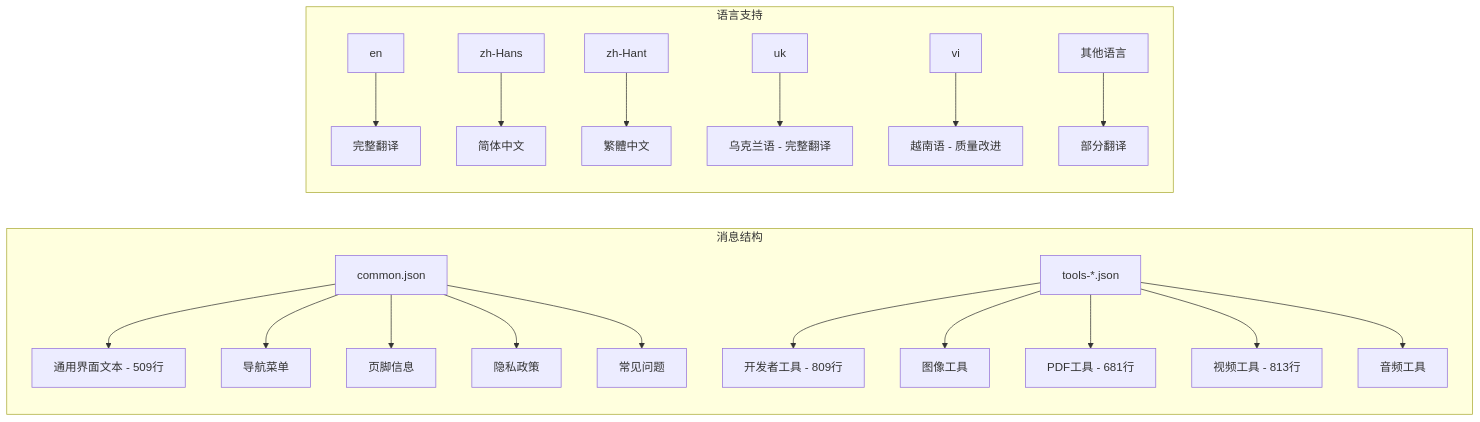
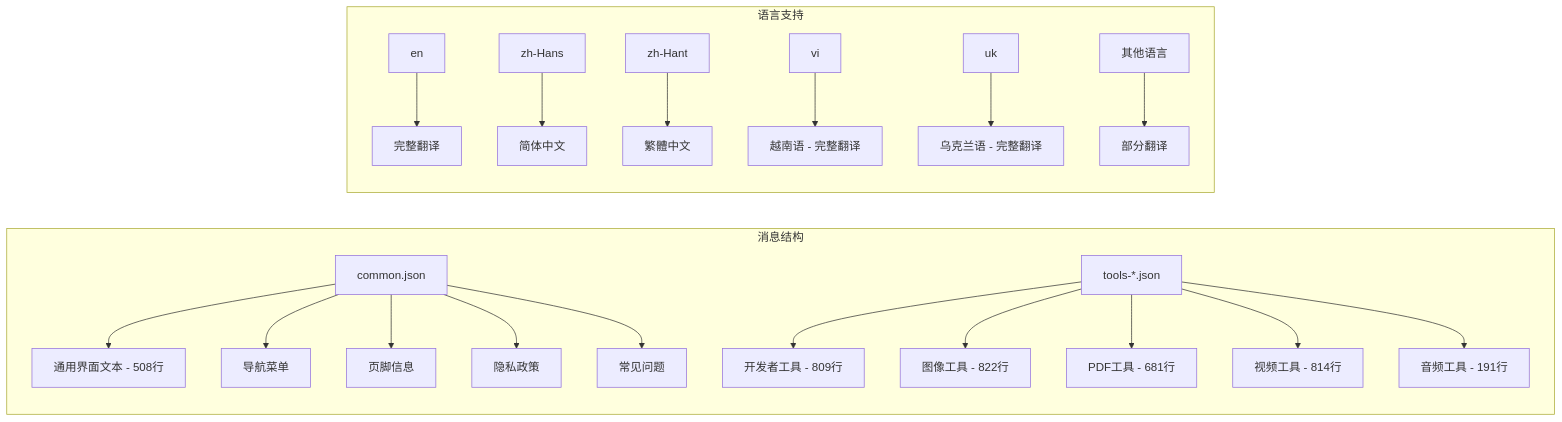
Before and after one commit to sgyy/privadeck: the third of 9 diagrams in .qoder/repowiki/zh/content/技术架构/国际化系统.md, drawn with Mermaid. The commit also changed other lines of this file and 6 other files, not shown here.

````diff
--- a/.qoder/repowiki/zh/content/技术架构/国际化系统.md
+++ b/.qoder/repowiki/zh/content/技术架构/国际化系统.md
@@ -186,23 +193,23 @@
 ```mermaid
 graph LR
 subgraph "消息结构"
-A[common.json] --> A1[通用界面文本 - 509行]
+A[common.json] --> A1[通用界面文本 - 508行]
 A --> A2[导航菜单]
 A --> A3[页脚信息]
 A --> A4[隐私政策]
 A --> A5[常见问题]
 B[tools-*.json] --> B1[开发者工具 - 809行]
-B --> B2[图像工具]
+B --> B2[图像工具 - 822行]
 B --> B3[PDF工具 - 681行]
-B --> B4[视频工具 - 813行]
-B --> B5[音频工具]
+B --> B4[视频工具 - 814行]
+B --> B5[音频工具 - 191行]
 end
 subgraph "语言支持"
 C[en] --> C1[完整翻译]
 D[zh-Hans] --> D1[简体中文]
 E[zh-Hant] --> E1[繁體中文]
-F[uk] --> F1[乌克兰语 - 完整翻译]
-G[vi] --> G1[越南语 - 质量改进]
+F[vi] --> F1[越南语 - 完整翻译]
+G[uk] --> G1[乌克兰语 - 完整翻译]
 H[其他语言] --> H1[部分翻译]
 end
 ```
````
